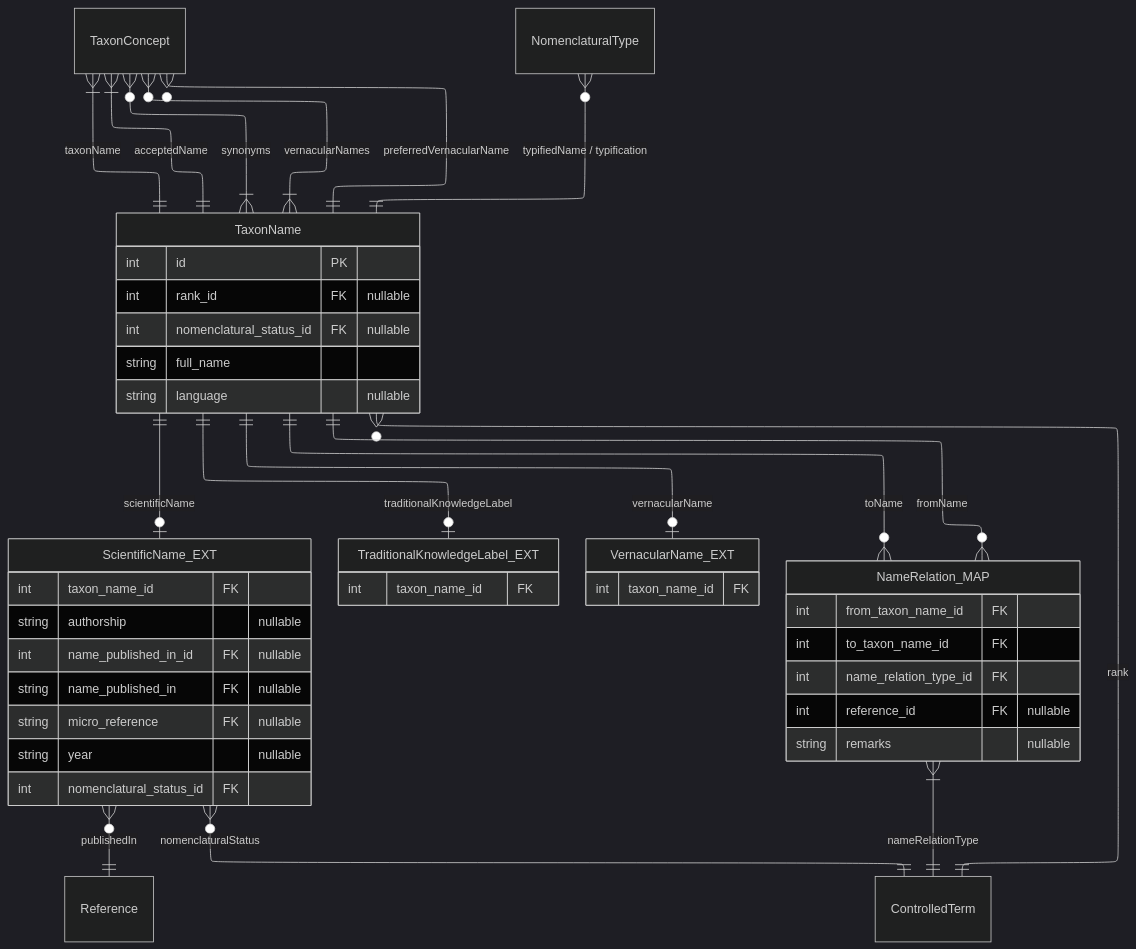
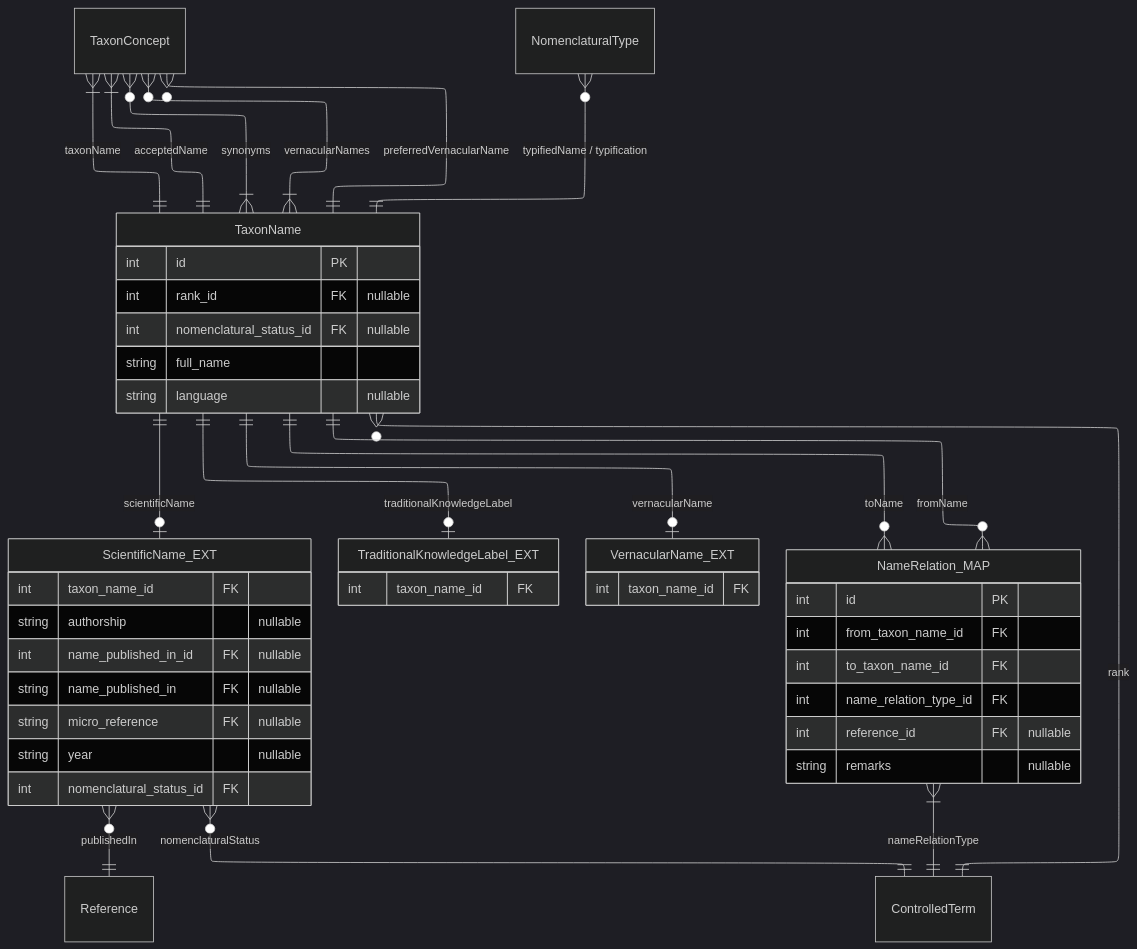
Before and after one commit to vicflora/vicflora-data-model-2026: the third of 19 diagrams in docs/layers.md, drawn with Mermaid (dark theme). The commit also changed other lines of this file and 84 other files, not shown here.

````diff
--- a/docs/layers.md
+++ b/docs/layers.md
@@ -85,58 +86,59 @@
 ```mermaid
 ---
 config:
     layout: elk
 ---
 erDiagram
     TaxonConcept }|--|| TaxonName : "taxonName"
     TaxonConcept }|--|| TaxonName : "acceptedName"
     TaxonConcept }o--|{ TaxonName : "synonyms"
     TaxonConcept }o--|{ TaxonName : "vernacularNames"
     TaxonConcept }o--|| TaxonName : "preferredVernacularName"
     NomenclaturalType }o--|| TaxonName : "typifiedName / typification"
     TaxonName ||--o| ScientificName_EXT : "scientificName"
     ScientificName_EXT }o--|| Reference : "publishedIn"
     TaxonName ||--o| TraditionalKnowledgeLabel_EXT : "traditionalKnowledgeLabel"
     TaxonName ||--o| VernacularName_EXT : "vernacularName"
     TaxonName }o--|| ControlledTerm : "rank"
     ScientificName_EXT }o--|| ControlledTerm: "nomenclaturalStatus"
     
     %% The Syntactic Relationships
     TaxonName ||--o{ NameRelation_MAP : "fromName"
     TaxonName ||--o{ NameRelation_MAP : "toName"
     NameRelation_MAP }|--|| ControlledTerm : "nameRelationType"
 
     TaxonName {
         int id PK
         int rank_id FK "nullable"
         int nomenclatural_status_id FK "nullable"
         string full_name
         string language "nullable"
     }
 
     ScientificName_EXT {
         int taxon_name_id FK
         string authorship "nullable"
         int name_published_in_id FK "nullable"
         string name_published_in FK "nullable"
         string micro_reference FK "nullable"
         string year "nullable"
         int nomenclatural_status_id FK
     }
 
     TraditionalKnowledgeLabel_EXT {
         int taxon_name_id FK
     }
 
     VernacularName_EXT {
         int taxon_name_id FK
     }
 
     NameRelation_MAP {
+        int id PK
         int from_taxon_name_id FK
         int to_taxon_name_id FK
         int name_relation_type_id FK
         int reference_id FK "nullable"
         string remarks "nullable"
     }
 ```
````
